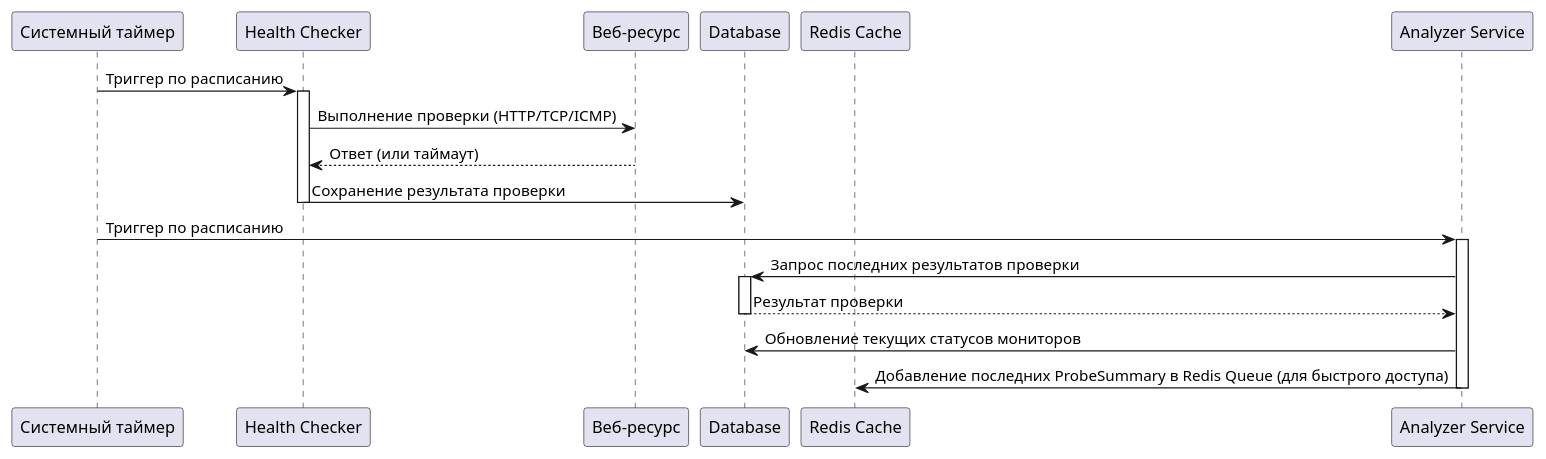
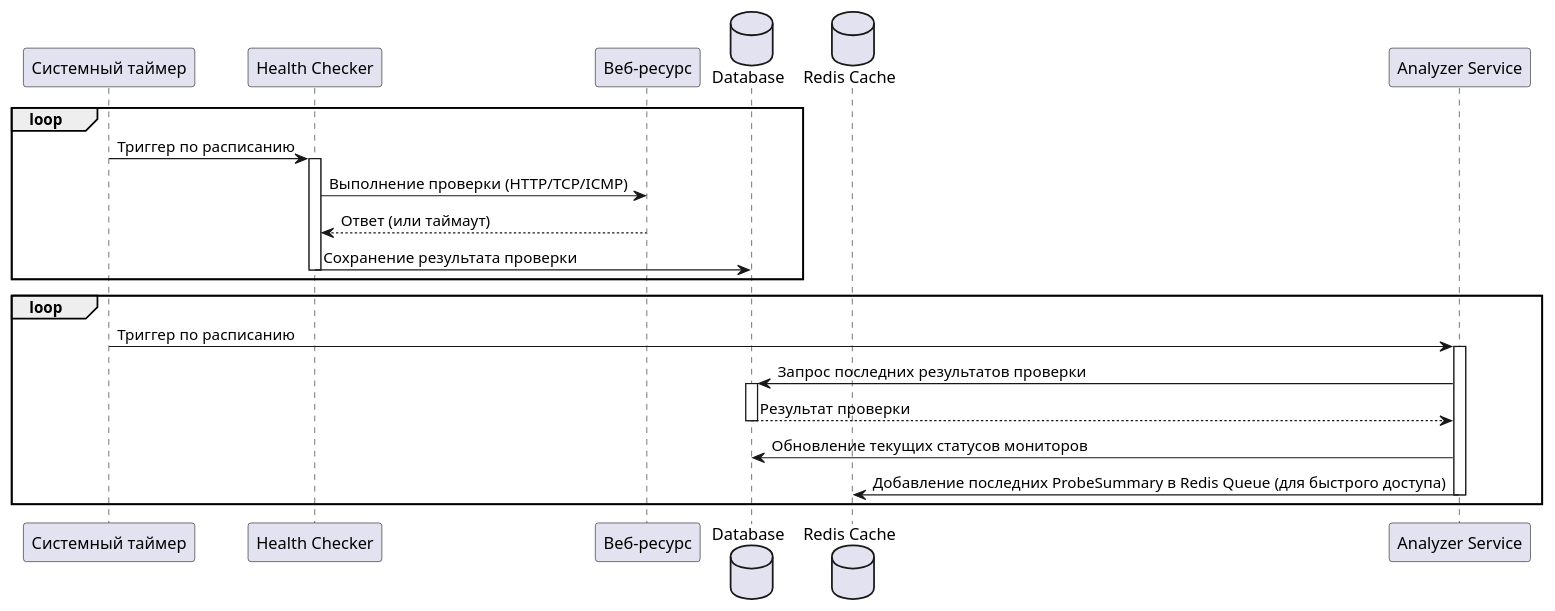
Before and after one commit to mkholkin/WatchTower: the diagram in docs/puml/sequence_diagram/sequence-healthcheck.puml, drawn with PlantUML. The commit also changed 2 other files, not shown here.

```diff
--- a/docs/puml/sequence_diagram/sequence-healthcheck.puml
+++ b/docs/puml/sequence_diagram/sequence-healthcheck.puml
@@ -1,29 +1,32 @@
 @startuml
 
 participant "Системный таймер" as timer
 participant "Health Checker" as hc
 participant "Веб-ресурс" as target
-participant "Database" as db
-participant "Redis Cache" as redis
+database "Database" as db
+database "Redis Cache" as redis
 participant "Analyzer Service" as as
 
+loop
 timer -> hc: Триггер по расписанию
 activate hc
 hc -> target: Выполнение проверки (HTTP/TCP/ICMP)
 target --> hc: Ответ (или таймаут)
 hc -> db: Сохранение результата проверки
 deactivate hc
-
+end
+loop
 timer -> as: Триггер по расписанию
 activate as
 as -> db: Запрос последних результатов проверки
 activate db
 db --> as: Результат проверки
 deactivate db
 as -> db: Обновление текущих статусов мониторов
 as -> redis: Добавление последних ProbeSummary в Redis Queue (для быстрого доступа)
 deactivate as
+end
 
 
 
 @enduml
```
